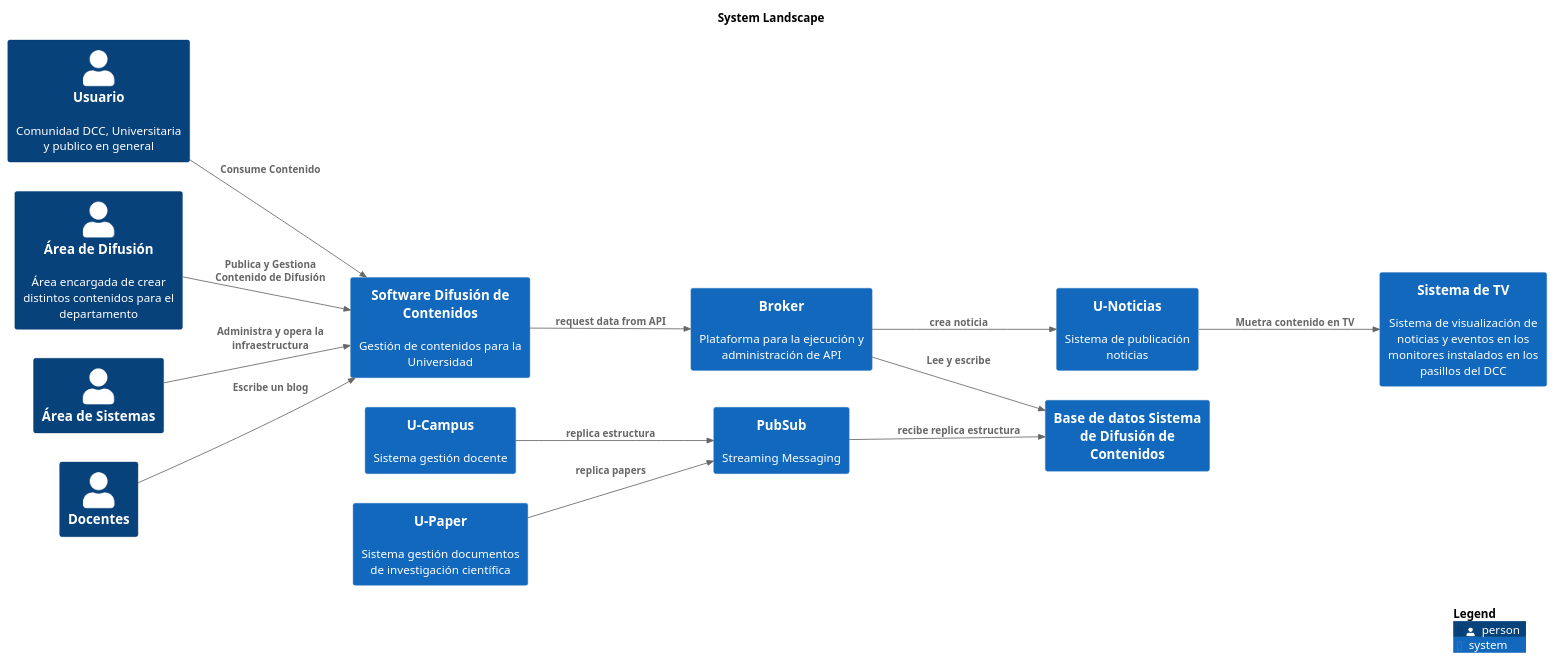
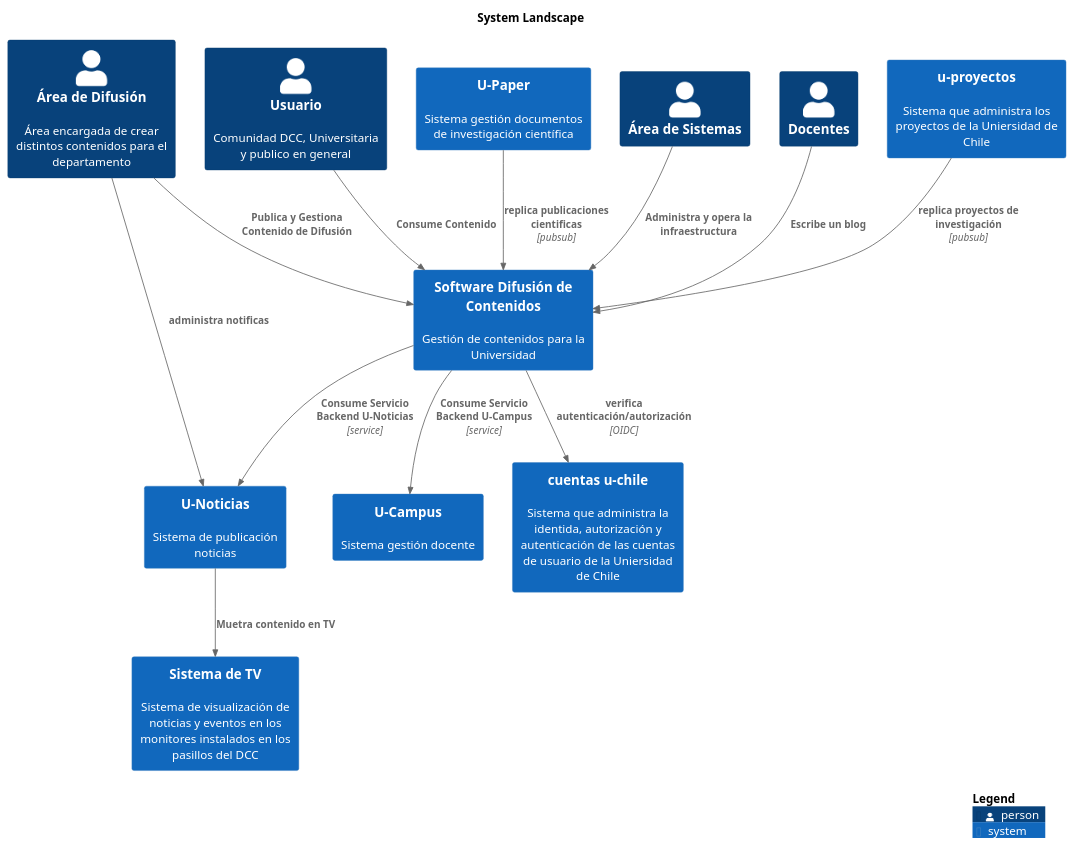
One commit to nbrx/c4-dcc-arq changed the diagram in build/site/master/puml/SystemLandscape-001.puml. Above: the diagram before and after it, drawn with PlantUML. The commit also changed 130 other files, not shown here.

```diff
--- a/build/site/master/puml/SystemLandscape-001.puml
+++ b/build/site/master/puml/SystemLandscape-001.puml
@@ -1,36 +1,35 @@
 @startuml
 set separator none
 title System Landscape
 
-left to right direction
+top to bottom direction
 
 !include <C4/C4>
 !include <C4/C4_Context>
 
 Person(Usuario, "Usuario", "Comunidad DCC, Universitaria y publico en general", $tags="")
+System(UNoticias, "U-Noticias", "Sistema de publicación noticias", $tags="")
+System(UCampus, "U-Campus", "Sistema gestión docente", $tags="")
 Person(ÁreadeDifusión, "Área de Difusión", "Área encargada de crear distintos contenidos para el departamento", $tags="")
+System(UPaper, "U-Paper", "Sistema gestión documentos de investigación científica", $tags="")
+System(SoftwareDifusióndeContenidos, "Software Difusión de Contenidos", "Gestión de contenidos para la Universidad", $tags="")
+Person(ÁreadeSistemas, "Área de Sistemas", "", $tags="")
+Person(Docentes, "Docentes", "", $tags="")
 System(SistemadeTV, "Sistema de TV", "Sistema de visualización de noticias y eventos en los monitores instalados en los pasillos del DCC", $tags="")
-System(UNoticias, "U-Noticias", "Sistema de publicación noticias", $tags="")
-Person(ÁreadeSistemas, "Área de Sistemas", "", $tags="")
-System(UCampus, "U-Campus", "Sistema gestión docente", $tags="")
-Person(Docentes, "Docentes", "", $tags="")
-System(UPaper, "U-Paper", "Sistema gestión documentos de investigación científica", $tags="")
-System(Broker, "Broker", "Plataforma para la ejecución y administración de API", $tags="")
-System(BasededatosSistemadeDifusióndeContenidos, "Base de datos Sistema de Difusión de Contenidos", "", $tags="")
-System(SoftwareDifusióndeContenidos, "Software Difusión de Contenidos", "Gestión de contenidos para la Universidad", $tags="")
-System(PubSub, "PubSub", "Streaming Messaging", $tags="")
+System(cuentasuchile, "cuentas u-chile", "Sistema que administra la identida, autorización y autenticación de las cuentas de usuario de la Uniersidad de Chile", $tags="")
+System(uproyectos, "u-proyectos", "Sistema que administra los proyectos de la Uniersidad de Chile", $tags="")
 
-Rel_D(PubSub, BasededatosSistemadeDifusióndeContenidos, "recibe replica estructura", $tags="")
 Rel_D(UNoticias, SistemadeTV, "Muetra contenido en TV", $tags="")
-Rel_D(UCampus, PubSub, "replica estructura", $tags="")
-Rel_D(UPaper, PubSub, "replica papers", $tags="")
-Rel_D(Broker, UNoticias, "crea noticia", $tags="")
+Rel_D(ÁreadeDifusión, UNoticias, "administra notificas", $tags="")
 Rel_D(Usuario, SoftwareDifusióndeContenidos, "Consume Contenido", $tags="")
 Rel_D(Docentes, SoftwareDifusióndeContenidos, "Escribe un blog", $tags="")
 Rel_D(ÁreadeDifusión, SoftwareDifusióndeContenidos, "Publica y Gestiona Contenido de Difusión", $tags="")
 Rel_D(ÁreadeSistemas, SoftwareDifusióndeContenidos, "Administra y opera la infraestructura", $tags="")
-Rel_D(SoftwareDifusióndeContenidos, Broker, "request data from API", $tags="")
-Rel_D(Broker, BasededatosSistemadeDifusióndeContenidos, "Lee y escribe", $tags="")
+Rel_D(SoftwareDifusióndeContenidos, UNoticias, "Consume Servicio Backend U-Noticias", "service", $tags="")
+Rel_D(SoftwareDifusióndeContenidos, UCampus, "Consume Servicio Backend U-Campus", "service", $tags="")
+Rel_D(SoftwareDifusióndeContenidos, cuentasuchile, "verifica autenticación/autorización", "OIDC", $tags="")
+Rel_D(uproyectos, SoftwareDifusióndeContenidos, "replica proyectos de investigación", "pubsub", $tags="")
+Rel_D(UPaper, SoftwareDifusióndeContenidos, "replica publicaciones cientificas", "pubsub", $tags="")
 
 SHOW_LEGEND(true)
 @enduml
```
